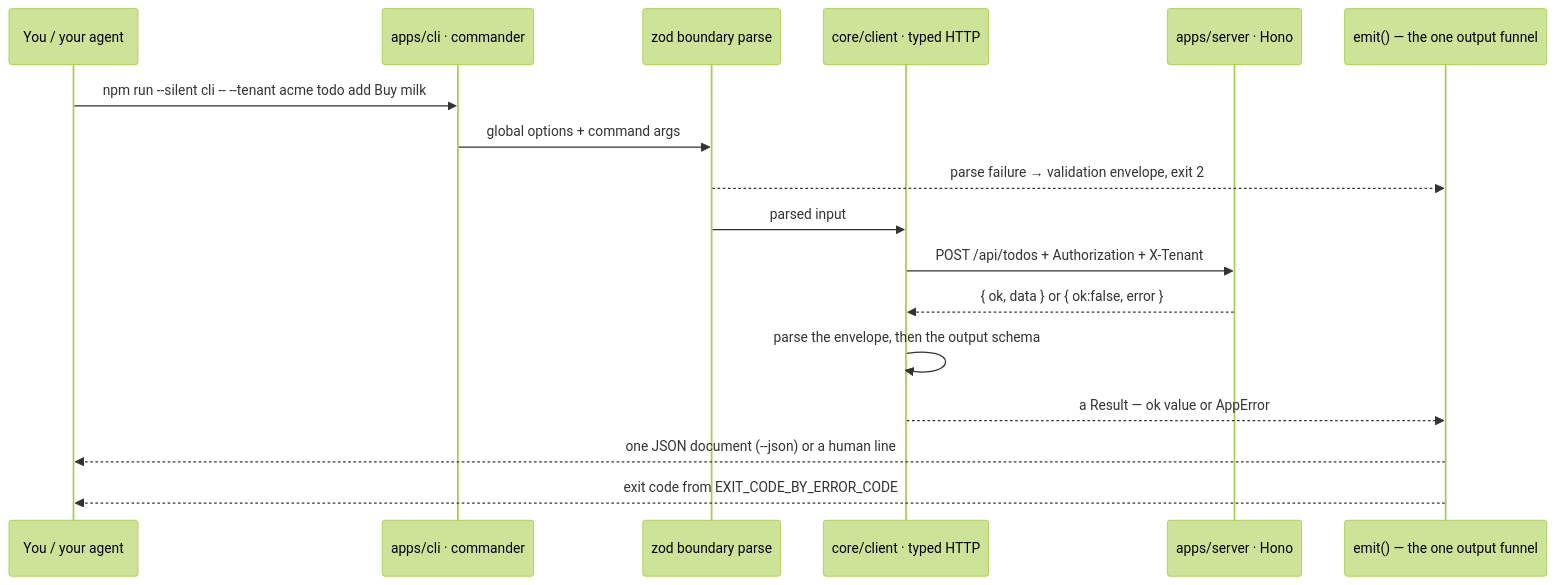
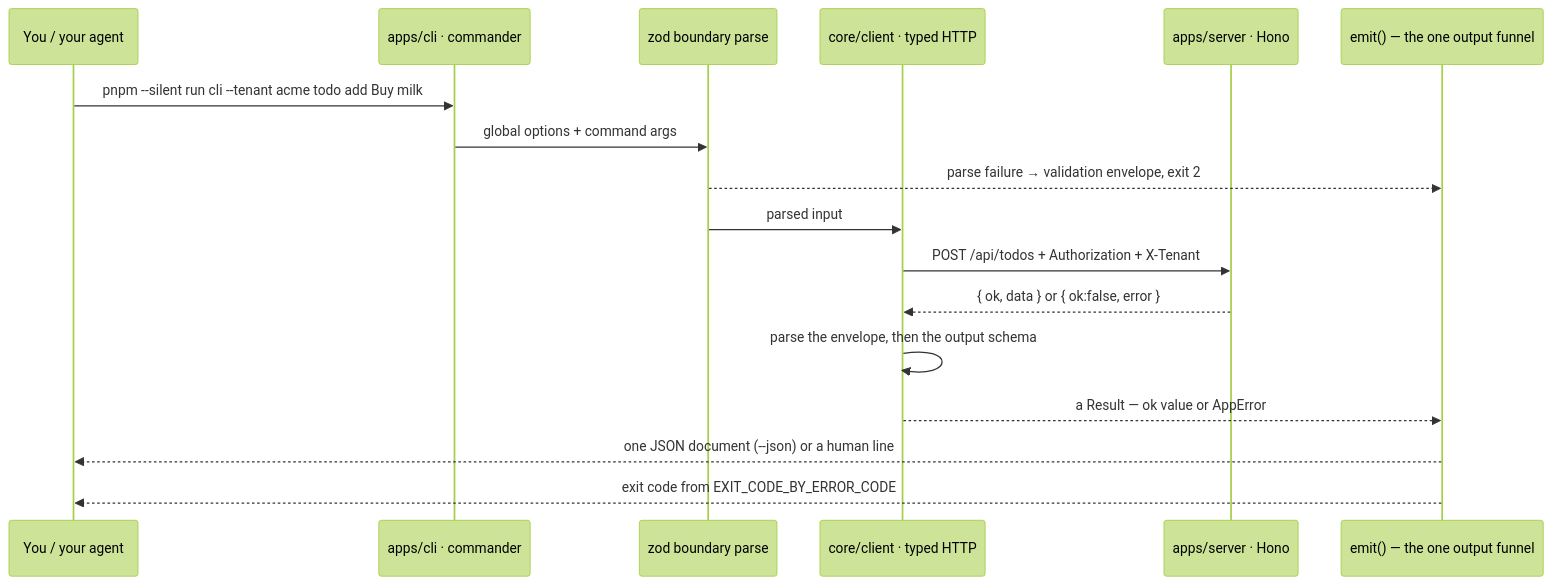
The diagram in website/docs/guides/cli-walkthrough.md (chomamateusz/agentproofarch), drawn with Mermaid (forest theme) before and after one commit. The commit also changed other lines of this file and 74 other files, not shown here.

First line of the commit message:
Toolchain: migrate npm -> pnpm (supply-chain hardening)

````diff
--- a/website/docs/guides/cli-walkthrough.md
+++ b/website/docs/guides/cli-walkthrough.md
@@ -27,20 +27,20 @@
 ```mermaid
 sequenceDiagram
     participant You as You / your agent
     participant CLI as apps/cli · commander
     participant Zod as zod boundary parse
     participant Client as core/client · typed HTTP
     participant API as apps/server · Hono
     participant Emit as emit() — the one output funnel
 
-    You->>CLI: npm run --silent cli -- --tenant acme todo add Buy milk
+    You->>CLI: pnpm --silent run cli --tenant acme todo add Buy milk
     CLI->>Zod: global options + command args
     Zod-->>Emit: parse failure → validation envelope, exit 2
     Zod->>Client: parsed input
     Client->>API: POST /api/todos + Authorization + X-Tenant
     API-->>Client: { ok, data } or { ok:false, error }
     Client->>Client: parse the envelope, then the output schema
     Client-->>Emit: a Result — ok value or AppError
     Emit-->>You: one JSON document (--json) or a human line
     Emit-->>You: exit code from EXIT_CODE_BY_ERROR_CODE
 ```
````
